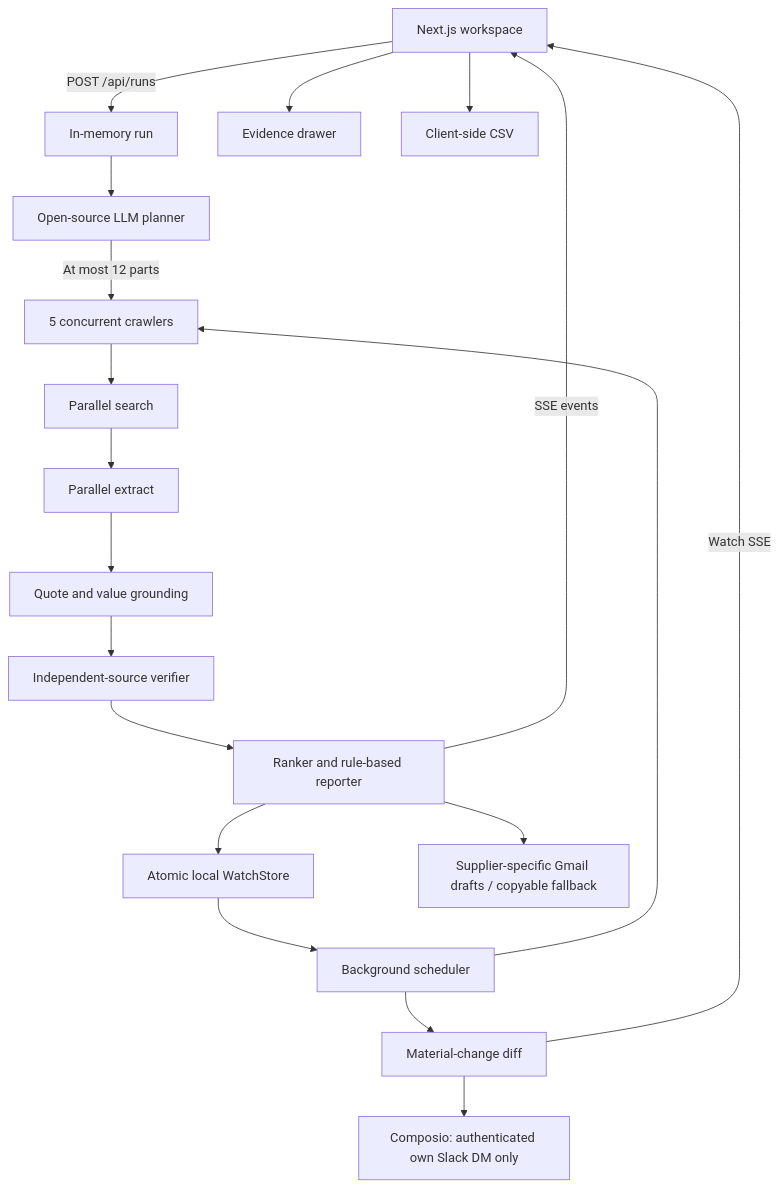
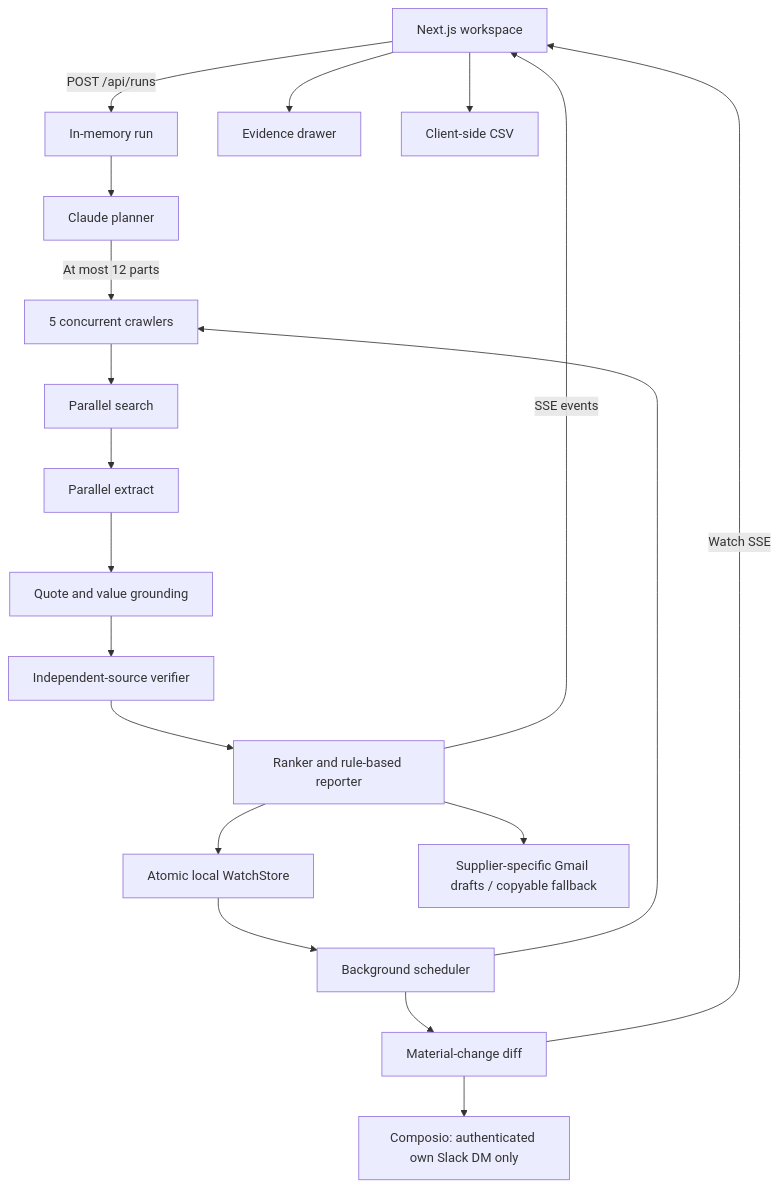
Before and after one commit to IssyPro101/cline-hack: the diagram in README.md, drawn with Mermaid. The commit also changed other lines of this file and 20 other files, not shown here.

Commit message:
Use Claude for live sourcing and harden Watch and Gmail flows

````diff
--- a/README.md
+++ b/README.md
@@ -186,21 +200,21 @@
 ```mermaid
 flowchart TD
   UI[Next.js workspace] -->|POST /api/runs| Run[In-memory run]
-  Run --> Planner[Open-source LLM planner]
+  Run --> Planner[Claude planner]
   Planner -->|At most 12 parts| Pool[5 concurrent crawlers]
   Pool --> Search[Parallel search]
   Search --> Extract[Parallel extract]
   Extract --> Ground[Quote and value grounding]
   Ground --> Verify[Independent-source verifier]
   Verify --> Rank[Ranker and rule-based reporter]
   Rank -->|SSE events| UI
   UI --> Evidence[Evidence drawer]
   Rank --> Store[Atomic local WatchStore]
   Store --> Loop[Background scheduler]
   Loop --> Pool
   Loop --> Diff[Material-change diff]
   Diff -->|Watch SSE| UI
   Diff --> Slack[Composio: authenticated own Slack DM only]
   Rank --> RFQ[Supplier-specific Gmail drafts / copyable fallback]
   UI --> Export[Client-side CSV]
 ```
````
